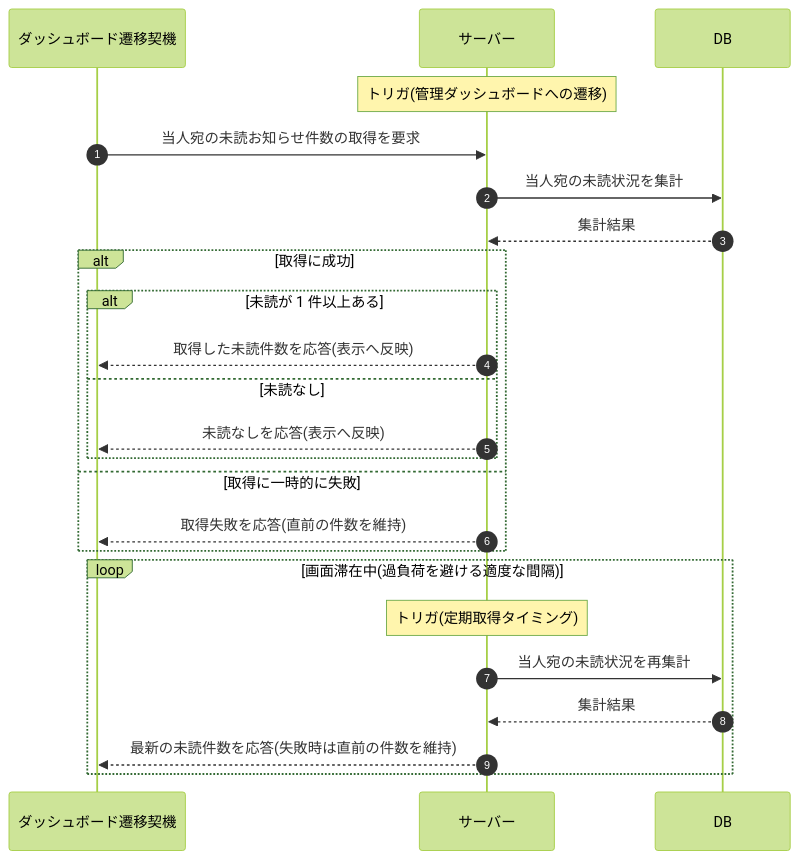
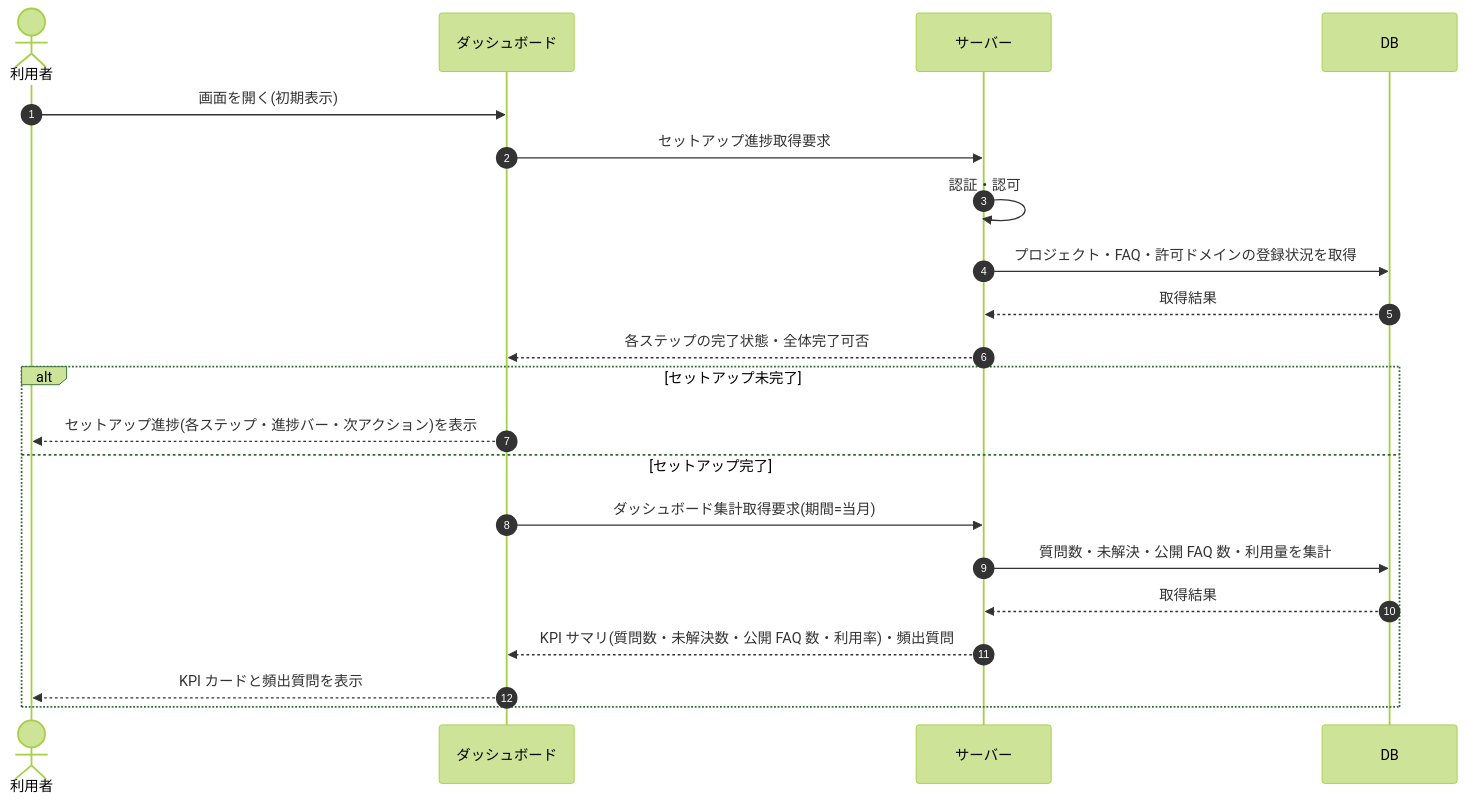
The diagram in 02_basic_design/03_sequences/SEQ-118.md (sikakou54/open-faq), drawn with Mermaid (forest theme) before and after one commit. The commit also changed other lines of this file and 99 other files, not shown here.

````diff
--- a/02_basic_design/03_sequences/SEQ-118.md
+++ b/02_basic_design/03_sequences/SEQ-118.md
@@ -25,26 +25,23 @@
 ```mermaid
 sequenceDiagram
   autonumber
-  participant TR as ダッシュボード遷移契機
+  actor U as 利用者
+  participant Screen as ダッシュボード
   participant Server as サーバー
   participant DB as DB
-  Note over Server: トリガ(管理ダッシュボードへの遷移)
-  TR->>Server: 当人宛の未読お知らせ件数の取得を要求
-  Server->>DB: 当人宛の未読状況を集計
-  DB-->>Server: 集計結果
-  alt 取得に成功
-    alt 未読が 1 件以上ある
-      Server-->>TR: 取得した未読件数を応答(表示へ反映)
-    else 未読なし
-      Server-->>TR: 未読なしを応答(表示へ反映)
-    end
-  else 取得に一時的に失敗
-    Server-->>TR: 取得失敗を応答(直前の件数を維持)
-  end
-  loop 画面滞在中(過負荷を避ける適度な間隔)
-    Note over Server: トリガ(定期取得タイミング)
-    Server->>DB: 当人宛の未読状況を再集計
-    DB-->>Server: 集計結果
-    Server-->>TR: 最新の未読件数を応答(失敗時は直前の件数を維持)
+  U->>Screen: 画面を開く(初期表示)
+  Screen->>Server: セットアップ進捗取得要求
+  Server->>Server: 認証・認可
+  Server->>DB: プロジェクト・FAQ・許可ドメインの登録状況を取得
+  DB-->>Server: 取得結果
+  Server-->>Screen: 各ステップの完了状態・全体完了可否
+  alt セットアップ未完了
+    Screen-->>U: セットアップ進捗(各ステップ・進捗バー・次アクション)を表示
+  else セットアップ完了
+    Screen->>Server: ダッシュボード集計取得要求(期間=当月)
+    Server->>DB: 質問数・未解決・公開 FAQ 数・利用量を集計
+    DB-->>Server: 取得結果
+    Server-->>Screen: KPI サマリ(質問数・未解決数・公開 FAQ 数・利用率)・頻出質問
+    Screen-->>U: KPI カードと頻出質問を表示
   end
 ```
````
